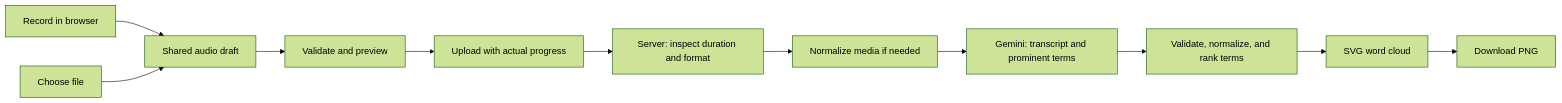
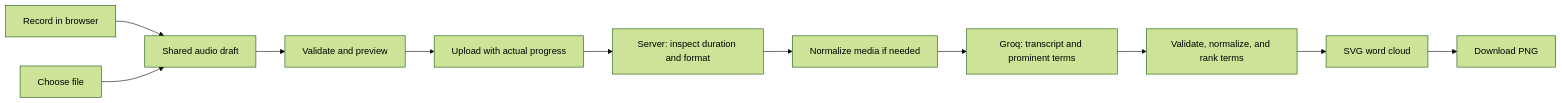
One commit to mathewgeejo/Finquo changed the diagram in plan.md. Above: the diagram before and after it, drawn with Mermaid (forest theme). The commit also changed other lines of this file and 9 other files, not shown here.

````diff
--- a/plan.md
+++ b/plan.md
@@ -40,13 +40,13 @@
 ```mermaid
 flowchart LR
   A[Record in browser] --> C[Shared audio draft]
   B[Choose file] --> C
   C --> D[Validate and preview]
   D --> E[Upload with actual progress]
   E --> F[Server: inspect duration and format]
   F --> G[Normalize media if needed]
-  G --> H[Gemini: transcript and prominent terms]
+  G --> H[Groq: transcript and prominent terms]
   H --> I[Validate, normalize, and rank terms]
   I --> J[SVG word cloud]
   J --> K[Download PNG]
 ```
````
